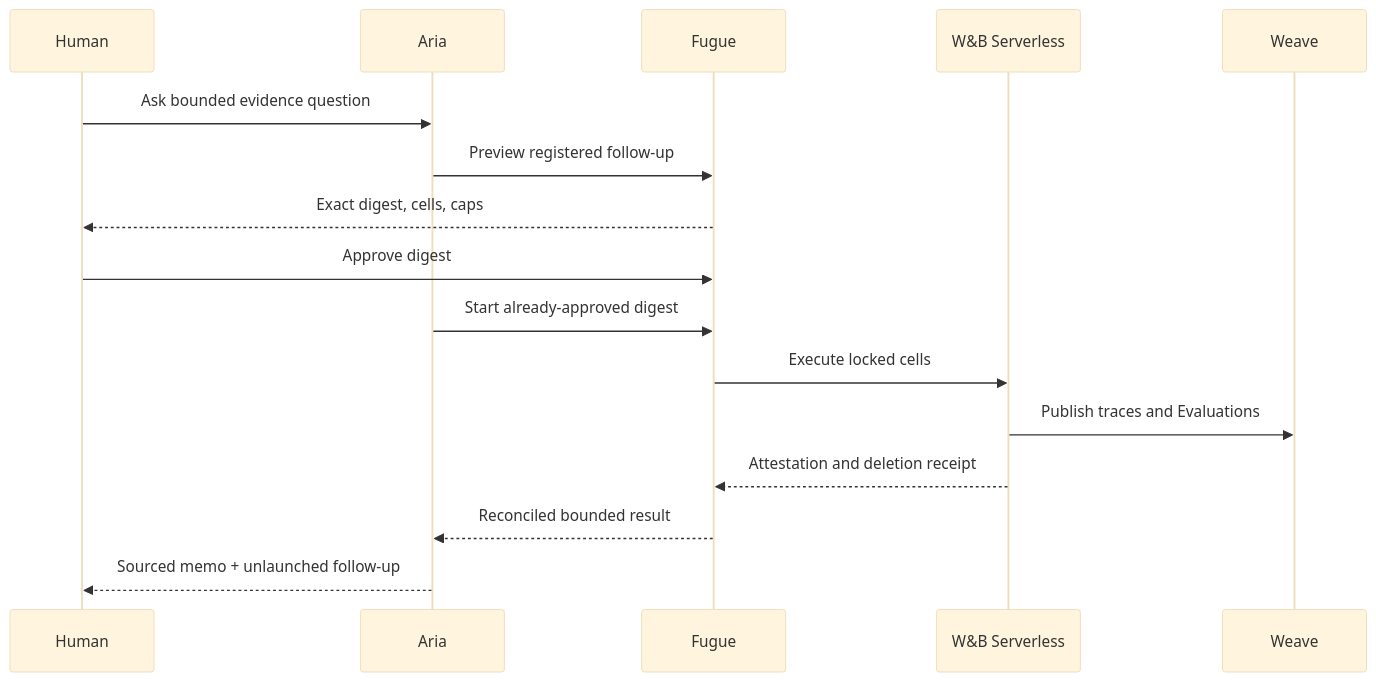
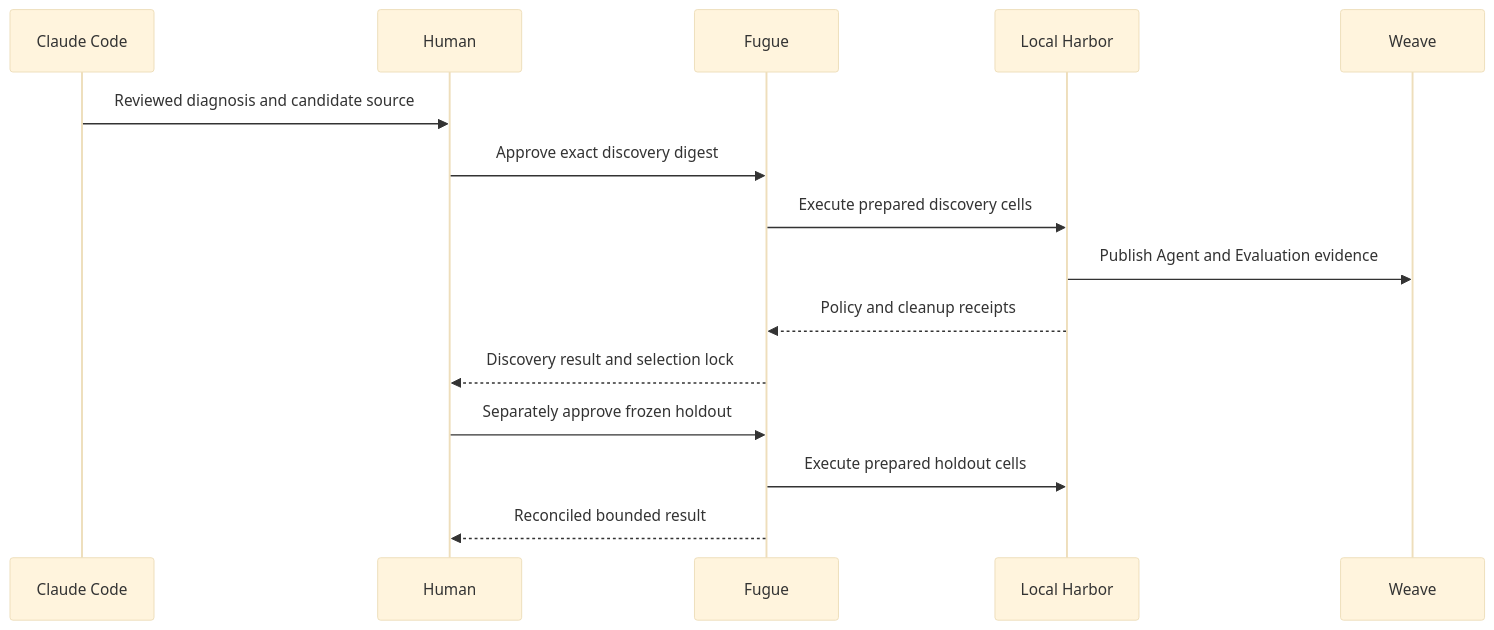
The third of 3 diagrams in docs/articles/fugue-agentic-software-factory/fugue-4b-trace-to-release-decision/article.md (ash0ts/fugue), drawn with Mermaid (base theme) before and after one commit. The commit also changed other lines of this file and 104 other files, not shown here.

````diff
--- a/docs/articles/fugue-agentic-software-factory/fugue-4b-trace-to-release-decision/article.md
+++ b/docs/articles/fugue-agentic-software-factory/fugue-4b-trace-to-release-decision/article.md
@@ -529,18 +444,17 @@
 ```mermaid
 sequenceDiagram
-    participant U as Human
-    participant A as Aria
+    participant C as Claude Code
+    participant H as Human
     participant F as Fugue
-    participant S as W&B Serverless
+    participant L as Local Harbor
     participant W as Weave
-    U->>A: Ask bounded evidence question
-    A->>F: Preview registered follow-up
-    F-->>U: Exact digest, cells, caps
-    U->>F: Approve digest
-    A->>F: Start already-approved digest
-    F->>S: Execute locked cells
-    S->>W: Publish traces and Evaluations
-    S-->>F: Attestation and deletion receipt
-    F-->>A: Reconciled bounded result
-    A-->>U: Sourced memo + unlaunched follow-up
+    C->>H: Reviewed diagnosis and candidate source
+    H->>F: Approve exact discovery digest
+    F->>L: Execute prepared discovery cells
+    L->>W: Publish Agent and Evaluation evidence
+    L-->>F: Policy and cleanup receipts
+    F-->>H: Discovery result and selection lock
+    H->>F: Separately approve frozen holdout
+    F->>L: Execute prepared holdout cells
+    F-->>H: Reconciled bounded result
 ```
````
